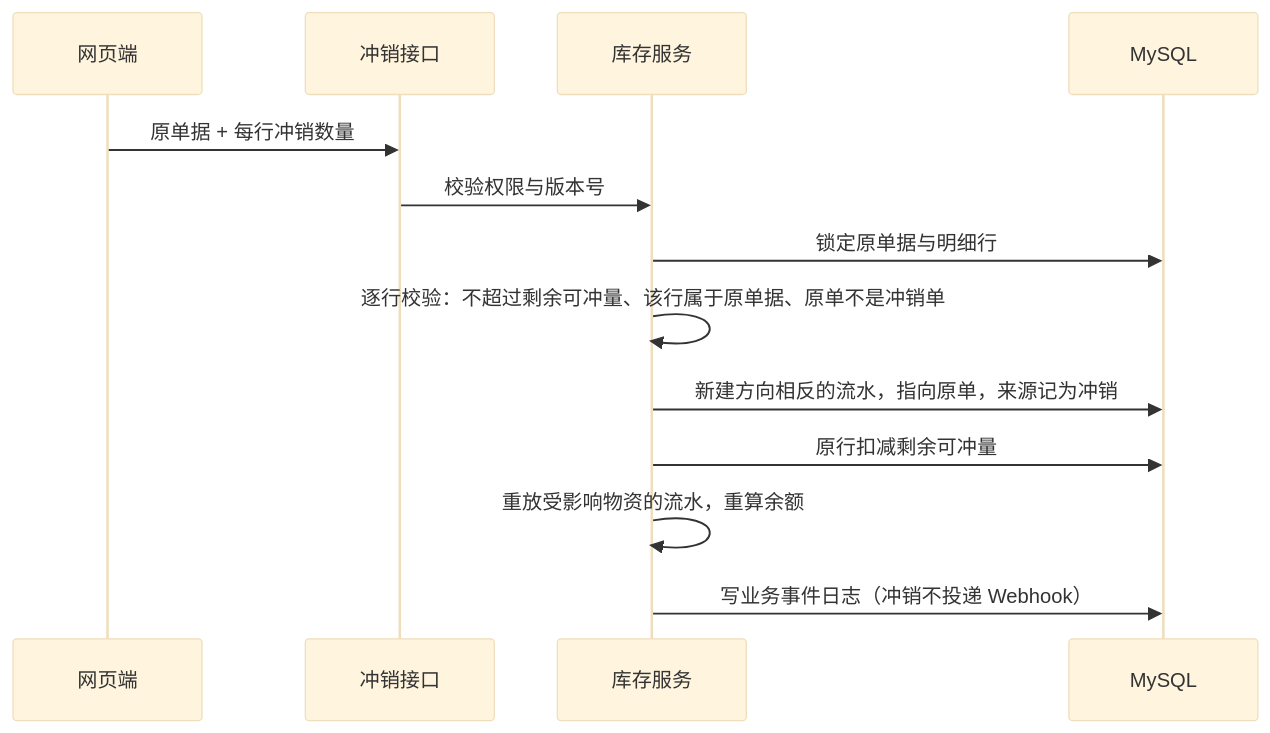
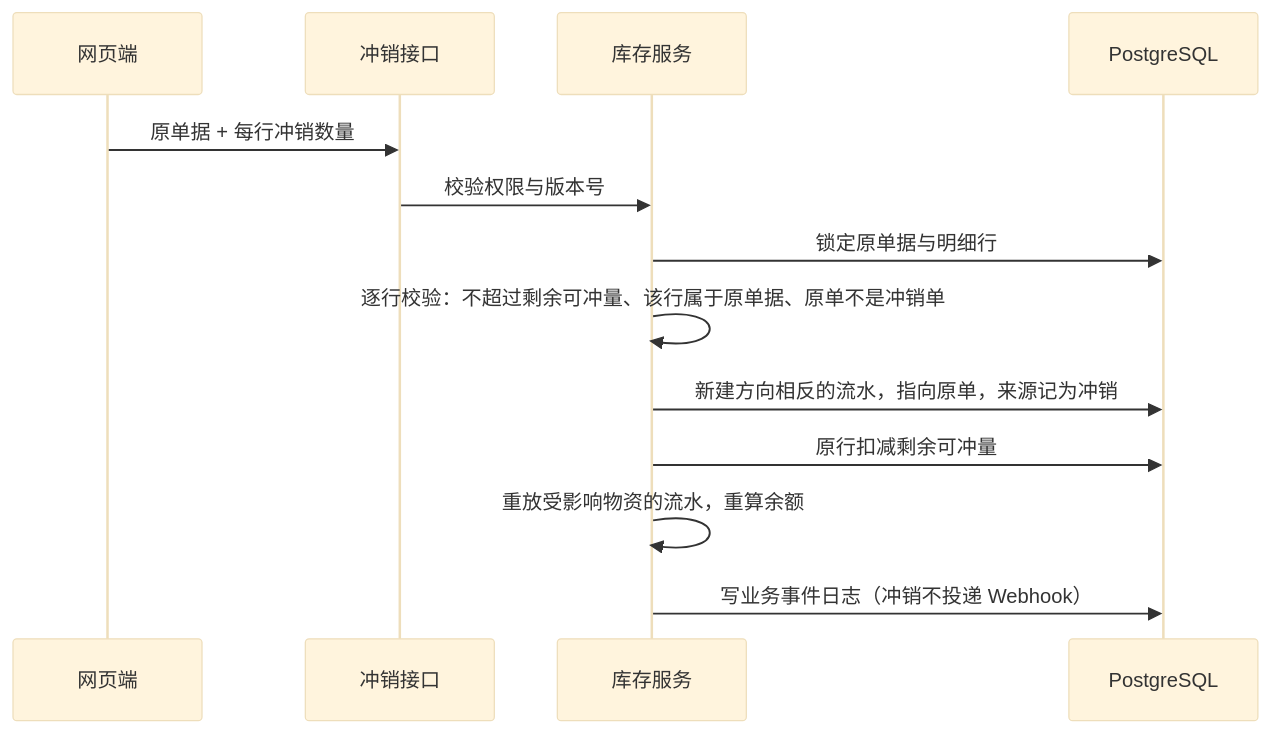
One commit to Sakana-1314/Electrical-Manager changed the tenth of 31 diagrams in docs/websites/pages/dev-flows.md. Above: the diagram before and after it, drawn with Mermaid (base theme). The commit also changed other lines of this file and 30 other files, not shown here.

Commit message:
refactor: 数据库从 MySQL 切换为 PostgreSQL (#384)

````diff
--- a/docs/websites/pages/dev-flows.md
+++ b/docs/websites/pages/dev-flows.md
@@ -155,15 +155,15 @@
 ```mermaid
 sequenceDiagram
     participant U as 网页端
     participant API as 冲销接口
     participant S as 库存服务
-    participant DB as MySQL
+    participant DB as PostgreSQL
     U->>API: 原单据 + 每行冲销数量
     API->>S: 校验权限与版本号
     S->>DB: 锁定原单据与明细行
     S->>S: 逐行校验：不超过剩余可冲量、该行属于原单据、原单不是冲销单
     S->>DB: 新建方向相反的流水，指向原单，来源记为冲销
     S->>DB: 原行扣减剩余可冲量
     S->>S: 重放受影响物资的流水，重算余额
     S->>DB: 写业务事件日志（冲销不投递 Webhook）
 ```
````
